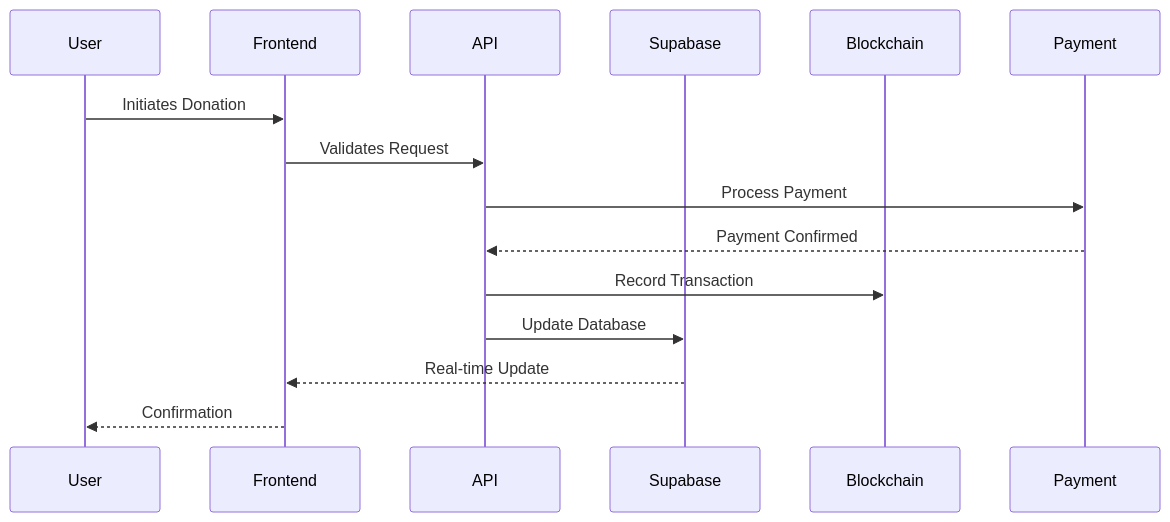
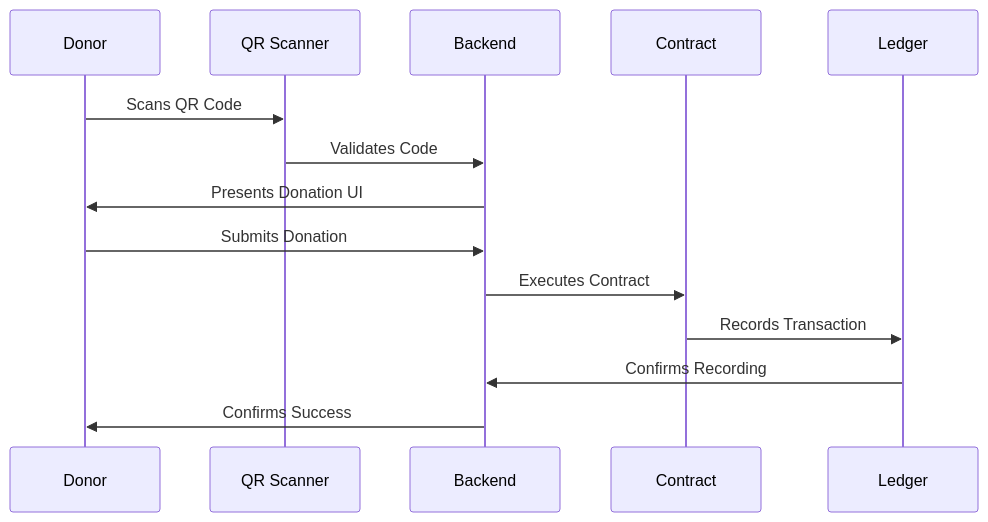
Before and after one commit to mrj0nesmtl/sheltr-v2: the sixth of 10 diagrams in public/docs/about/whitepaper_final.md, drawn with Mermaid. The commit also changed other lines of this file and 58 other files, not shown here.

````diff
--- a/public/docs/about/whitepaper_final.md
+++ b/public/docs/about/whitepaper_final.md
@@ -149,18 +302,17 @@
 ```mermaid
 sequenceDiagram
-    participant User
-    participant Frontend
-    participant API
-    participant Supabase
-    participant Blockchain
-    participant Payment
-
-    User->>Frontend: Initiates Donation
-    Frontend->>API: Validates Request
-    API->>Payment: Process Payment
-    Payment-->>API: Payment Confirmed
-    API->>Blockchain: Record Transaction
-    API->>Supabase: Update Database
-    Supabase-->>Frontend: Real-time Update
-    Frontend-->>User: Confirmation
+    participant D as Donor
+    participant Q as QR Scanner
+    participant B as Backend
+    participant C as Contract
+    participant L as Ledger
+    
+    D->>Q: Scans QR Code
+    Q->>B: Validates Code
+    B->>D: Presents Donation UI
+    D->>B: Submits Donation
+    B->>C: Executes Contract
+    C->>L: Records Transaction
+    L->>B: Confirms Recording
+    B->>D: Confirms Success
 ```
````
